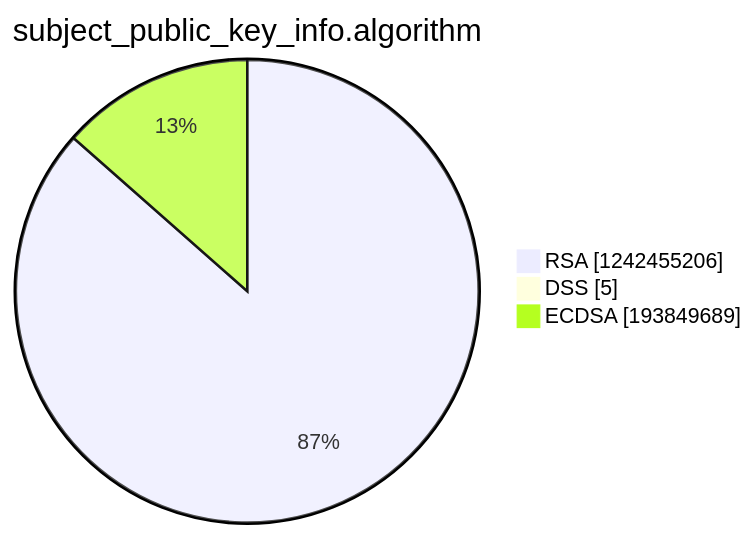
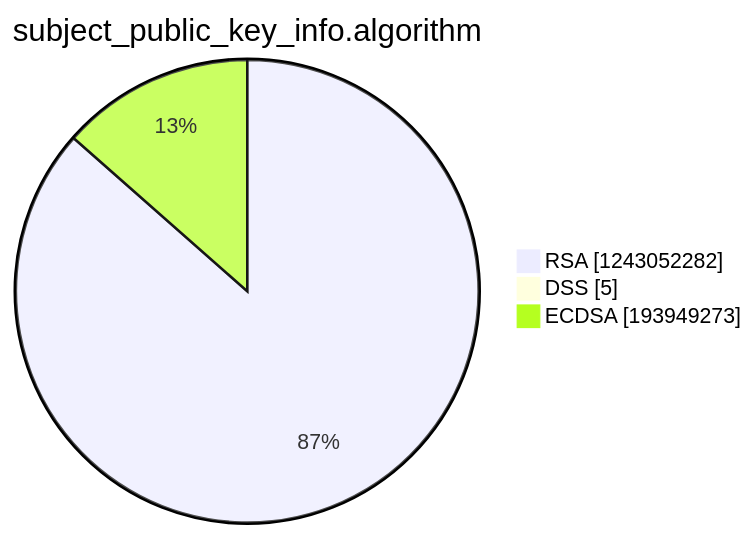
The third of 15 diagrams in argon2022/README.md (christiankrug/ctmonitor_visualization), drawn with Mermaid before and after one commit. The commit also changed other lines of this file, not shown here.

````diff
--- a/argon2022/README.md
+++ b/argon2022/README.md
@@ -14,7 +14,7 @@
 ```mermaid
 pie showData
 title subject_public_key_info.algorithm
-"RSA" :1242455206
+"RSA" :1243052282
 "DSS" :5
-"ECDSA" :193849689
+"ECDSA" :193949273
 ```
````
